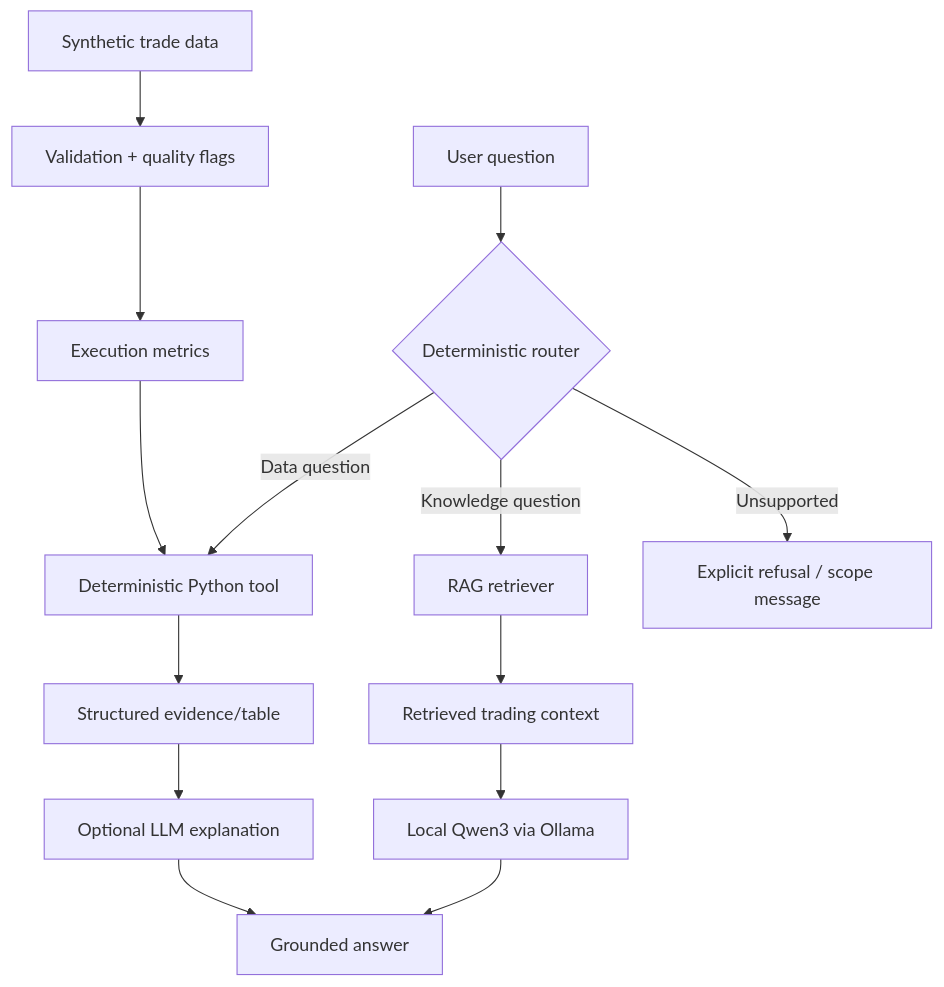
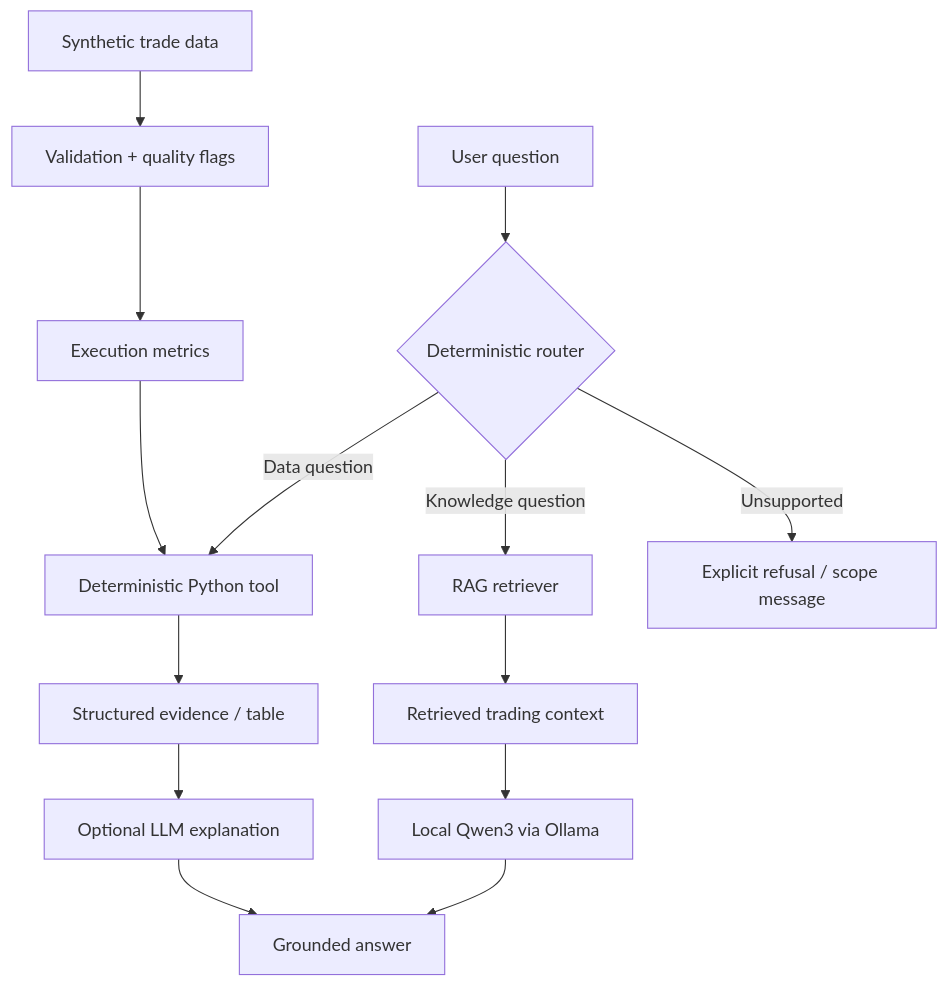
The diagram in README.md (RitaLiu2013/Trading-Execution-Decision-Support-Prototype), drawn with Mermaid before and after one commit. The commit also changed other lines of this file and 7 other files, not shown here.

````diff
--- a/README.md
+++ b/README.md
@@ -21,19 +23,20 @@
 ```mermaid
 flowchart TD
     Q[User question] --> R{Deterministic router}
+
     R -->|Knowledge question| K[RAG retriever]
     K --> C[Retrieved trading context]
     C --> L[Local Qwen3 via Ollama]
     L --> A[Grounded answer]
 
     R -->|Data question| T[Deterministic Python tool]
-    T --> E[Structured evidence/table]
+    T --> E[Structured evidence / table]
     E --> X[Optional LLM explanation]
     X --> A
 
     R -->|Unsupported| U[Explicit refusal / scope message]
 
     D[Synthetic trade data] --> V[Validation + quality flags]
     V --> M[Execution metrics]
     M --> T
 ```
````
